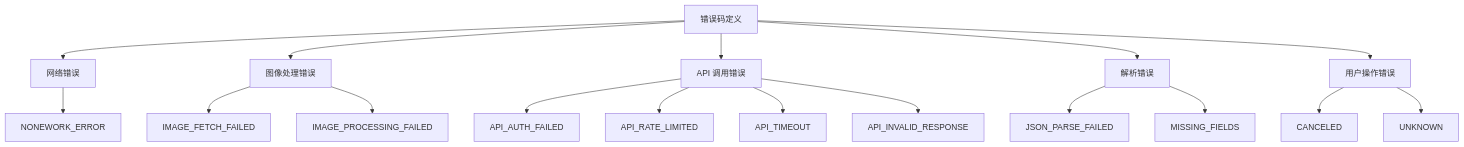
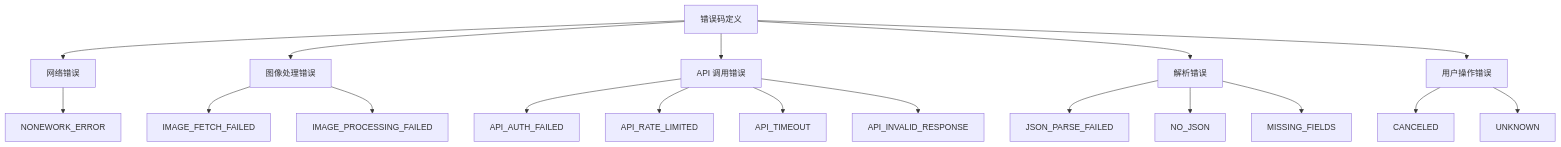
The second of 11 diagrams in .qoder/repowiki/zh/content/技术架构/核心模块分析/配置管理模块 (config.js).md (binasi/Img2Prompt), drawn with Mermaid before and after one commit. The commit also changed other lines of this file and 8 other files, not shown here.

````diff
--- a/.qoder/repowiki/zh/content/技术架构/核心模块分析/配置管理模块 (config.js).md
+++ b/.qoder/repowiki/zh/content/技术架构/核心模块分析/配置管理模块 (config.js).md
@@ -162,19 +185,20 @@
 ```mermaid
 flowchart TD
 ErrorCodes[错误码定义] --> Network[网络错误]
 ErrorCodes --> Image[图像处理错误]
 ErrorCodes --> API[API 调用错误]
 ErrorCodes --> Parse[解析错误]
 ErrorCodes --> User[用户操作错误]
 Network --> NetworkError[NONEWORK_ERROR]
 Image --> ImageFetchFailed[IMAGE_FETCH_FAILED]
 Image --> ImageProcessingFailed[IMAGE_PROCESSING_FAILED]
 API --> ApiAuthFailed[API_AUTH_FAILED]
 API --> ApiRateLimited[API_RATE_LIMITED]
 API --> ApiTimeout[API_TIMEOUT]
 API --> ApiInvalidResponse[API_INVALID_RESPONSE]
 Parse --> JsonParseFailed[JSON_PARSE_FAILED]
+Parse --> NoJson[NO_JSON]
 Parse --> MissingFields[MISSING_FIELDS]
 User --> Canceled[CANCELED]
 User --> Unknown[UNKNOWN]
 ```
````
